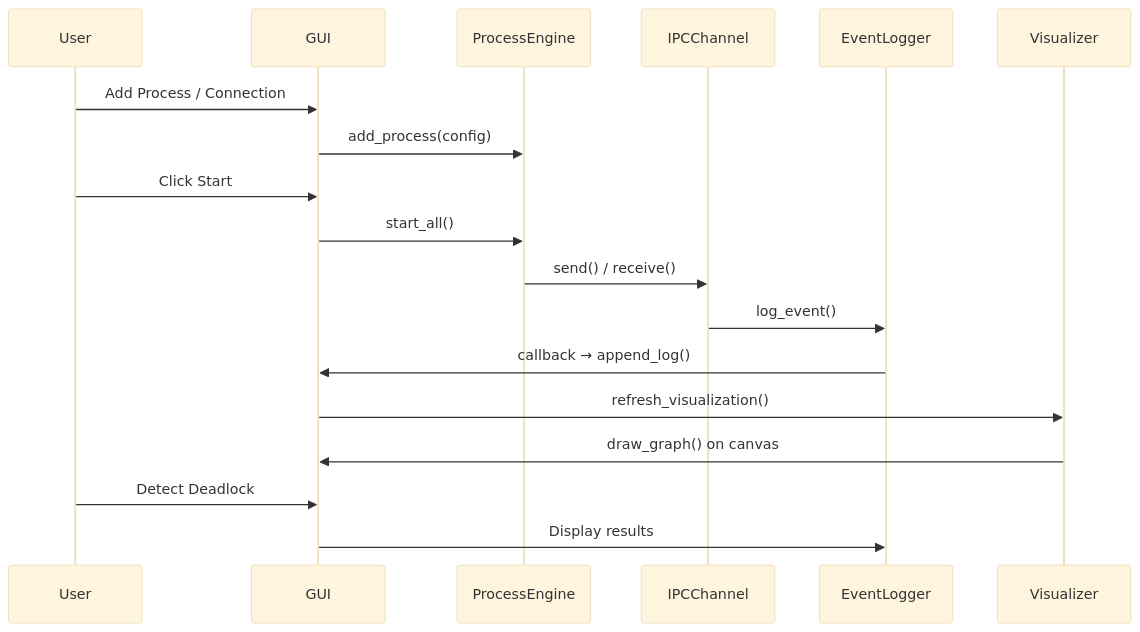
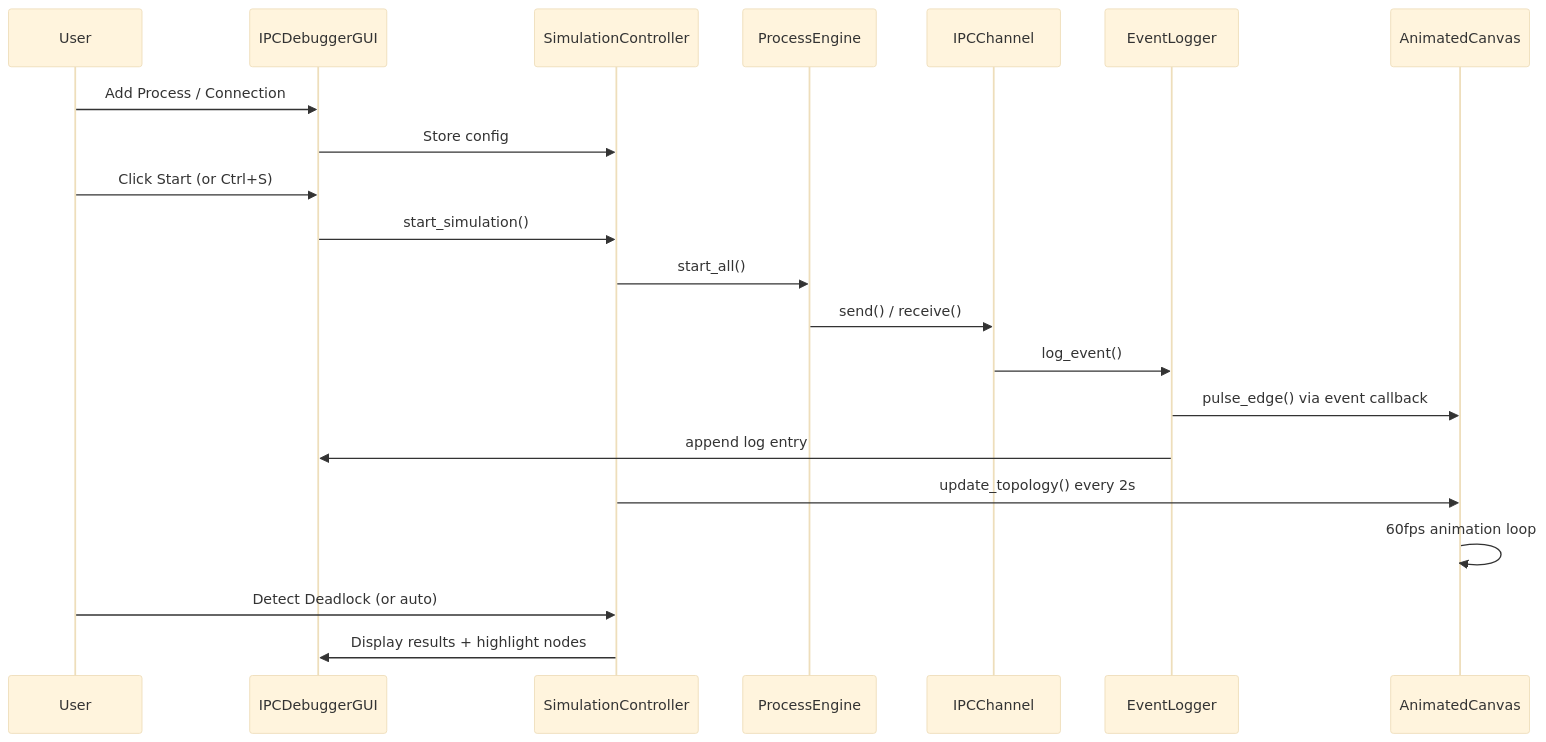
One commit to RkReddy19/OS_PROJECT-IPC_Debugger_and_Visualization_Tool changed the second of 2 diagrams in IPC_Debugger_Project_Analysis_Report.md. Above: the diagram before and after it, drawn with Mermaid (base theme). The commit also changed other lines of this file and 59 other files, not shown here.

Commit message:
Major UI overhaul: add settings panel, timeline panel, message browser, report generator; remove pycache from tracking; add .gitignore

````diff
--- a/IPC_Debugger_Project_Analysis_Report.md
+++ b/IPC_Debugger_Project_Analysis_Report.md
@@ -134,21 +199,24 @@
 ```mermaid
 sequenceDiagram
     participant User
-    participant GUI
+    participant GUI as IPCDebuggerGUI
+    participant SC as SimulationController
     participant Engine as ProcessEngine
     participant IPC as IPCChannel
     participant Logger as EventLogger
-    participant Viz as Visualizer
+    participant Canvas as AnimatedCanvas
 
     User->>GUI: Add Process / Connection
-    GUI->>Engine: add_process(config)
-    User->>GUI: Click Start
-    GUI->>Engine: start_all()
+    GUI->>SC: Store config
+    User->>GUI: Click Start (or Ctrl+S)
+    GUI->>SC: start_simulation()
+    SC->>Engine: start_all()
     Engine->>IPC: send() / receive()
     IPC->>Logger: log_event()
-    Logger->>GUI: callback → append_log()
-    GUI->>Viz: refresh_visualization()
-    Viz->>GUI: draw_graph() on canvas
-    User->>GUI: Detect Deadlock
-    GUI->>Logger: Display results
+    Logger->>Canvas: pulse_edge() via event callback
+    Logger->>GUI: append log entry
+    SC->>Canvas: update_topology() every 2s
+    Canvas->>Canvas: 60fps animation loop
+    User->>SC: Detect Deadlock (or auto)
+    SC->>GUI: Display results + highlight nodes
 ```
````
